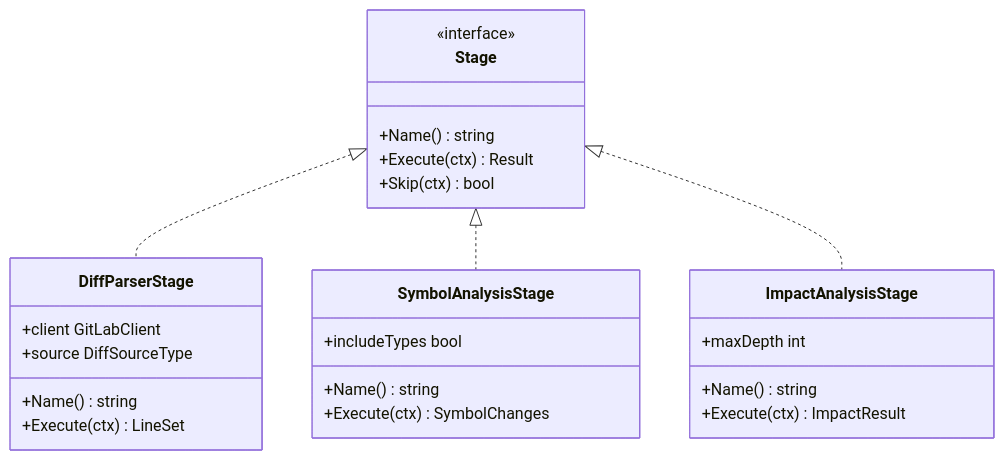
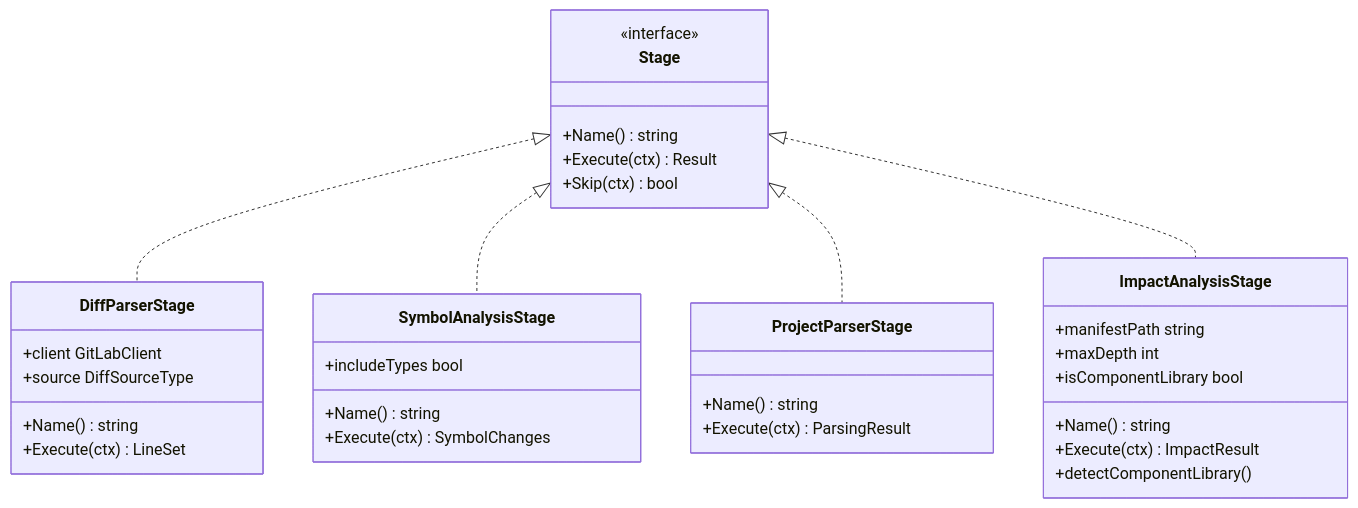
The second of 13 diagrams in pkg/ARCHITECTURE.md (Flying-Bird1999/analyzer-ts), drawn with Mermaid before and after one commit. The commit also changed other lines of this file and 64 other files, not shown here.

````diff
--- a/pkg/ARCHITECTURE.md
+++ b/pkg/ARCHITECTURE.md
@@ -150,32 +157,41 @@
 ```mermaid
 classDiagram
     class Stage {
         <<interface>>
         +Name() string
         +Execute(ctx) Result
         +Skip(ctx) bool
     }
 
     class DiffParserStage {
         +client GitLabClient
         +source DiffSourceType
         +Name() string
         +Execute(ctx) LineSet
     }
 
     class SymbolAnalysisStage {
         +includeTypes bool
         +Name() string
         +Execute(ctx) SymbolChanges
     }
 
+    class ProjectParserStage {
+        +Name() string
+        +Execute(ctx) ParsingResult
+    }
+
     class ImpactAnalysisStage {
+        +manifestPath string
         +maxDepth int
+        +isComponentLibrary bool
         +Name() string
         +Execute(ctx) ImpactResult
+        +detectComponentLibrary()
     }
 
     Stage <|.. DiffParserStage
     Stage <|.. SymbolAnalysisStage
+    Stage <|.. ProjectParserStage
     Stage <|.. ImpactAnalysisStage
 ```
````
